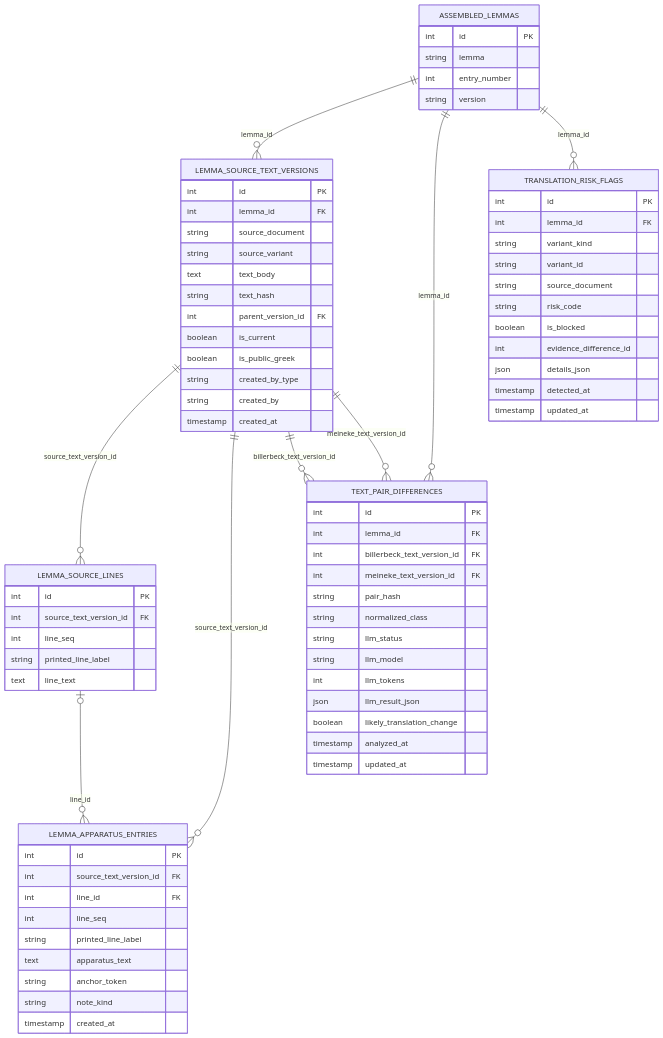
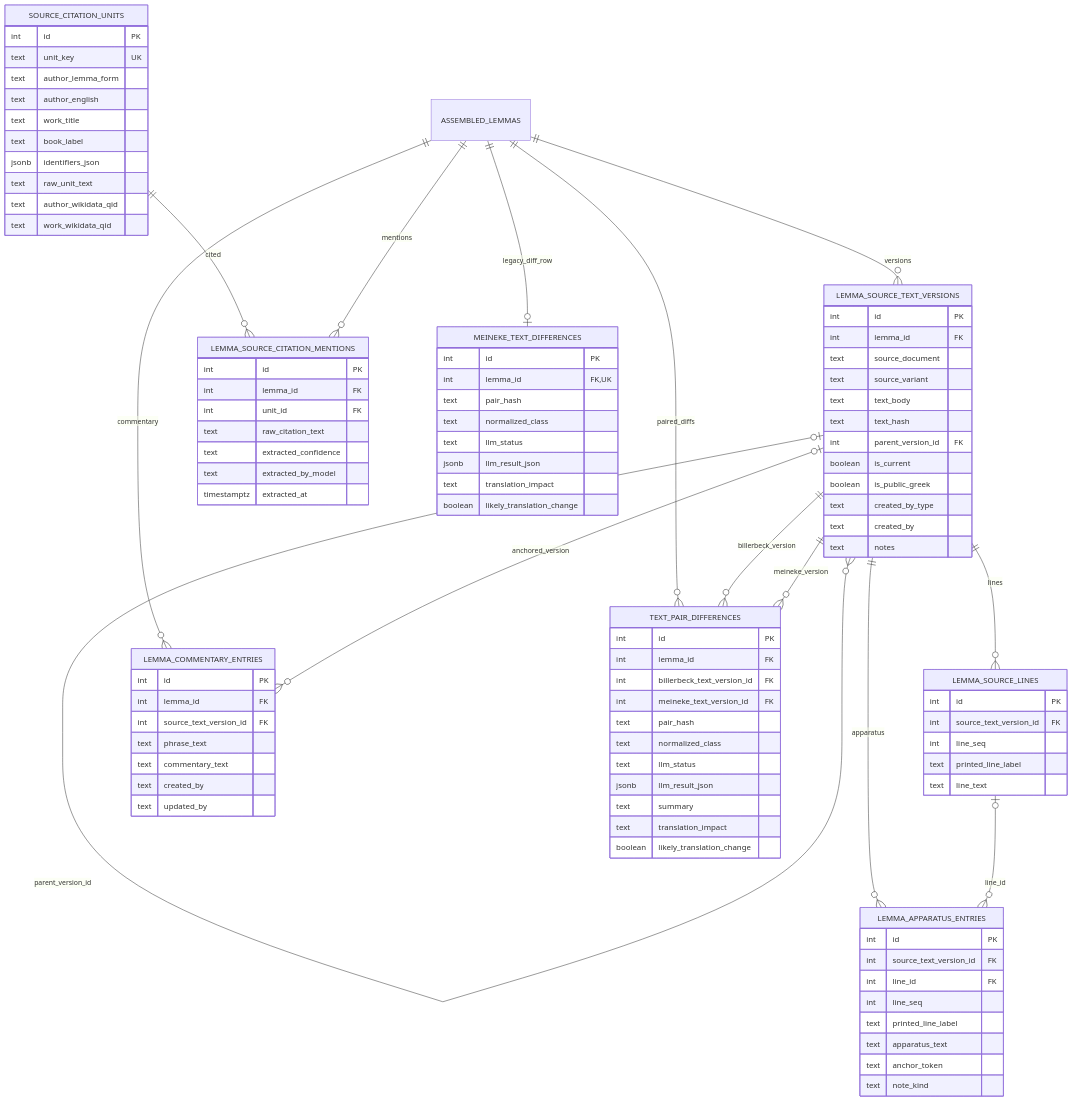
The second of 7 diagrams in DATABASE_ERD.md (solresol/stephanos), drawn with Mermaid before and after one commit. The commit also changed other lines of this file, not shown here.

Commit message:
Rebuild DATABASE_ERD with new schema

````diff
--- a/DATABASE_ERD.md
+++ b/DATABASE_ERD.md
@@ -125,43 +104,39 @@
 ```mermaid
 erDiagram
-    ASSEMBLED_LEMMAS ||--o{ LEMMA_SOURCE_TEXT_VERSIONS : lemma_id
-    LEMMA_SOURCE_TEXT_VERSIONS ||--o{ LEMMA_SOURCE_LINES : source_text_version_id
-    LEMMA_SOURCE_TEXT_VERSIONS ||--o{ LEMMA_APPARATUS_ENTRIES : source_text_version_id
+    ASSEMBLED_LEMMAS ||--o{ LEMMA_SOURCE_TEXT_VERSIONS : versions
+    LEMMA_SOURCE_TEXT_VERSIONS o|--o{ LEMMA_SOURCE_TEXT_VERSIONS : parent_version_id
+    LEMMA_SOURCE_TEXT_VERSIONS ||--o{ LEMMA_SOURCE_LINES : lines
+    LEMMA_SOURCE_TEXT_VERSIONS ||--o{ LEMMA_APPARATUS_ENTRIES : apparatus
     LEMMA_SOURCE_LINES o|--o{ LEMMA_APPARATUS_ENTRIES : line_id
-
-    ASSEMBLED_LEMMAS ||--o{ TEXT_PAIR_DIFFERENCES : lemma_id
-    LEMMA_SOURCE_TEXT_VERSIONS ||--o{ TEXT_PAIR_DIFFERENCES : billerbeck_text_version_id
-    LEMMA_SOURCE_TEXT_VERSIONS ||--o{ TEXT_PAIR_DIFFERENCES : meineke_text_version_id
-
-    ASSEMBLED_LEMMAS ||--o{ TRANSLATION_RISK_FLAGS : lemma_id
-
-    ASSEMBLED_LEMMAS {
-        int id PK
-        string lemma
-        int entry_number
-        string version
-    }
+    ASSEMBLED_LEMMAS ||--o{ LEMMA_COMMENTARY_ENTRIES : commentary
+    LEMMA_SOURCE_TEXT_VERSIONS o|--o{ LEMMA_COMMENTARY_ENTRIES : anchored_version
+    SOURCE_CITATION_UNITS ||--o{ LEMMA_SOURCE_CITATION_MENTIONS : cited
+    ASSEMBLED_LEMMAS ||--o{ LEMMA_SOURCE_CITATION_MENTIONS : mentions
+    ASSEMBLED_LEMMAS ||--o| MEINEKE_TEXT_DIFFERENCES : legacy_diff_row
+    ASSEMBLED_LEMMAS ||--o{ TEXT_PAIR_DIFFERENCES : paired_diffs
+    LEMMA_SOURCE_TEXT_VERSIONS ||--o{ TEXT_PAIR_DIFFERENCES : billerbeck_version
+    LEMMA_SOURCE_TEXT_VERSIONS ||--o{ TEXT_PAIR_DIFFERENCES : meineke_version
 
     LEMMA_SOURCE_TEXT_VERSIONS {
         int id PK
         int lemma_id FK
-        string source_document
-        string source_variant
+        text source_document
+        text source_variant
         text text_body
-        string text_hash
+        text text_hash
         int parent_version_id FK
         boolean is_current
         boolean is_public_greek
-        string created_by_type
-        string created_by
-        timestamp created_at
+        text created_by_type
+        text created_by
+        text notes
     }
 
     LEMMA_SOURCE_LINES {
         int id PK
         int source_text_version_id FK
         int line_seq
-        string printed_line_label
+        text printed_line_label
         text line_text
     }
 
@@ -170,11 +145,54 @@
         int source_text_version_id FK
         int line_id FK
         int line_seq
-        string printed_line_label
+        text printed_line_label
         text apparatus_text
-        string anchor_token
-        string note_kind
-        timestamp created_at
+        text anchor_token
+        text note_kind
+    }
+
+    LEMMA_COMMENTARY_ENTRIES {
+        int id PK
+        int lemma_id FK
+        int source_text_version_id FK
+        text phrase_text
+        text commentary_text
+        text created_by
+        text updated_by
+    }
+
+    SOURCE_CITATION_UNITS {
+        int id PK
+        text unit_key UK
+        text author_lemma_form
+        text author_english
+        text work_title
+        text book_label
+        jsonb identifiers_json
+        text raw_unit_text
+        text author_wikidata_qid
+        text work_wikidata_qid
+    }
+
+    LEMMA_SOURCE_CITATION_MENTIONS {
+        int id PK
+        int lemma_id FK
+        int unit_id FK
+        text raw_citation_text
+        text extracted_confidence
+        text extracted_by_model
+        timestamptz extracted_at
+    }
+
+    MEINEKE_TEXT_DIFFERENCES {
+        int id PK
+        int lemma_id FK, UK
+        text pair_hash
+        text normalized_class
+        text llm_status
+        jsonb llm_result_json
+        text translation_impact
+        boolean likely_translation_change
     }
 
     TEXT_PAIR_DIFFERENCES {
@@ -182,28 +200,12 @@
         int lemma_id FK
         int billerbeck_text_version_id FK
         int meineke_text_version_id FK
-        string pair_hash
-        string normalized_class
-        string llm_status
-        string llm_model
-        int llm_tokens
-        json llm_result_json
+        text pair_hash
+        text normalized_class
+        text llm_status
+        jsonb llm_result_json
+        text summary
+        text translation_impact
         boolean likely_translation_change
-        timestamp analyzed_at
-        timestamp updated_at
-    }
-
-    TRANSLATION_RISK_FLAGS {
-        int id PK
-        int lemma_id FK
-        string variant_kind
-        string variant_id
-        string source_document
-        string risk_code
-        boolean is_blocked
-        int evidence_difference_id
-        json details_json
-        timestamp detected_at
-        timestamp updated_at
     }
 ```
````
